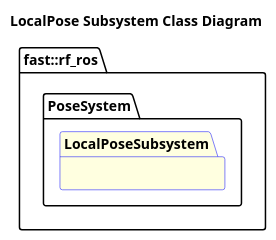
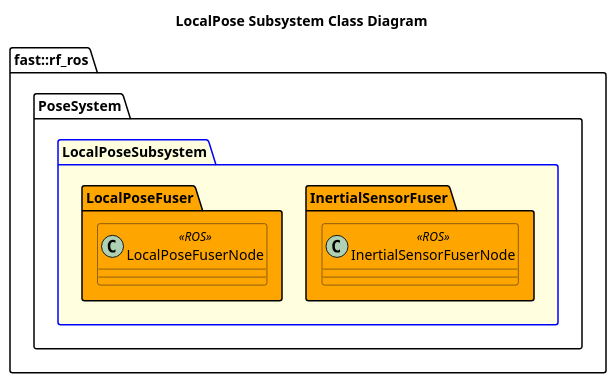
One commit to fastrobotics/robot_framework_ros changed the diagram in Systems/Pose/Subsystems/LocalPose/doc/puml/LocalPoseSubsystemClassDiagram.puml. Above: the diagram before and after it, drawn with PlantUML. The commit also changed 56 other files, not shown here.

```diff
--- a/Systems/Pose/Subsystems/LocalPose/doc/puml/LocalPoseSubsystemClassDiagram.puml
+++ b/Systems/Pose/Subsystems/LocalPose/doc/puml/LocalPoseSubsystemClassDiagram.puml
@@ -1,10 +1,20 @@
 @startuml
 title LocalPose Subsystem Class Diagram
 
 namespace fast::rf_ros {
     namespace PoseSystem {
         package LocalPoseSubsystem #LightYellow;line:blue {
+            namespace InertialSensorFuser #Orange {
+                class InertialSensorFuserNode <<ROS>> #Orange {
+
+                }
+            }
+            namespace LocalPoseFuser #Orange {
+                class LocalPoseFuserNode <<ROS>> #Orange {
+
+                }
+            }
         }
     }
 }
 @enduml
```
